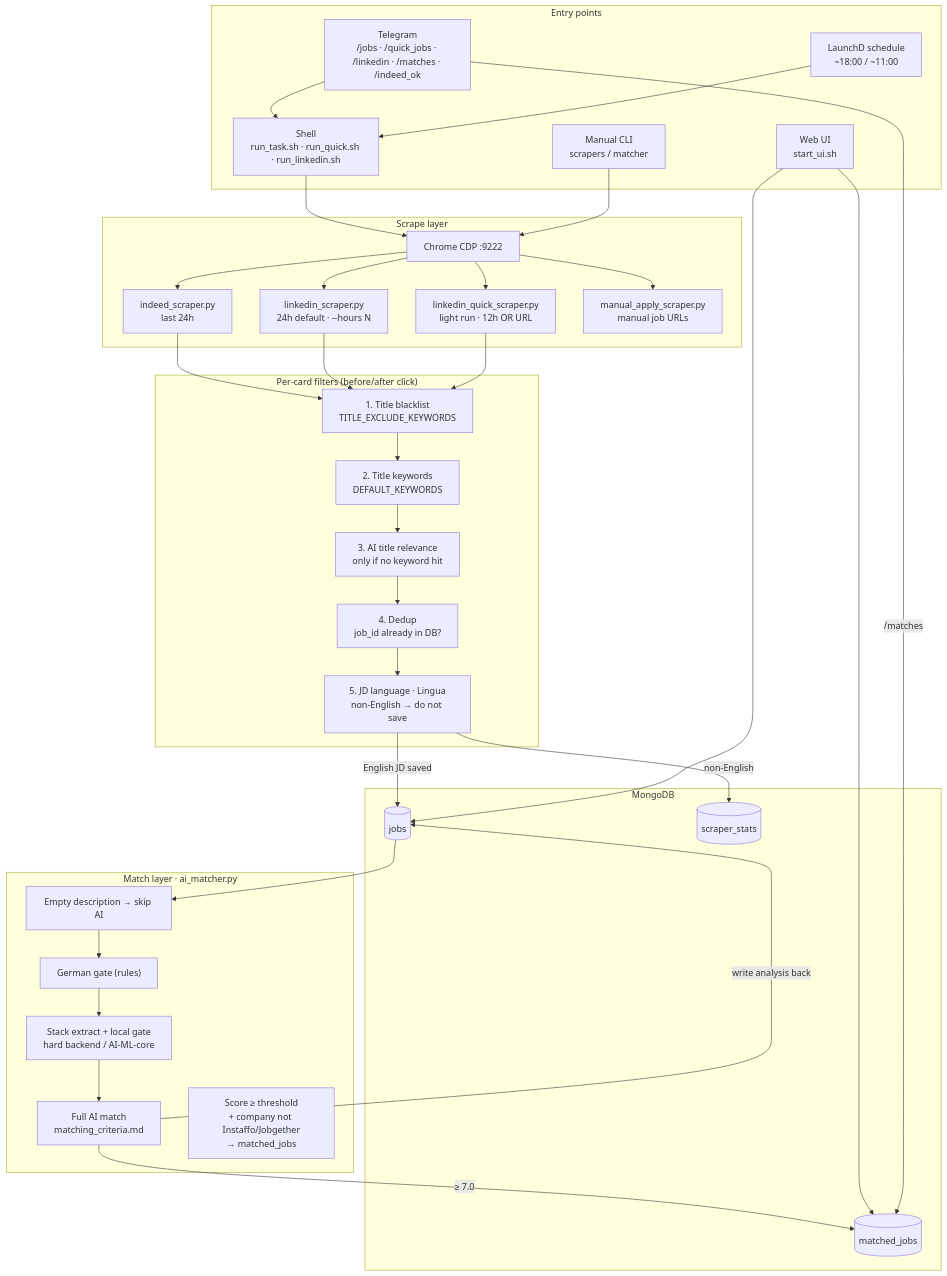
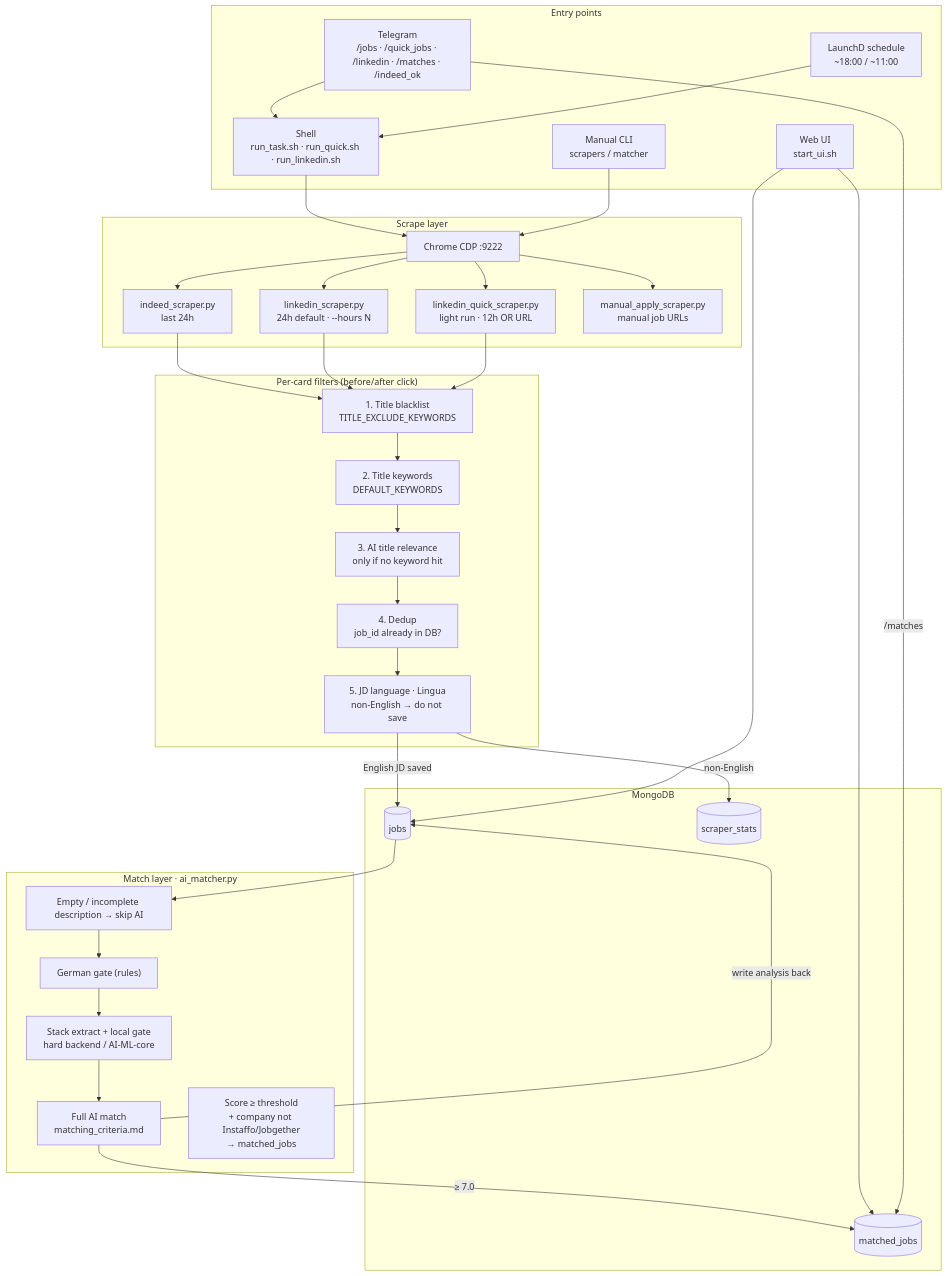
The first of 5 diagrams in docs/architecture.md (JialiNong/job_scraper), drawn with Mermaid before and after one commit. The commit also changed other lines of this file and 11 other files, not shown here.

First line of the commit message:
fix: treat German-or-English as optional and skip AI on incomplete JDs (#14)

````diff
--- a/docs/architecture.md
+++ b/docs/architecture.md
@@ -11,57 +11,57 @@
 ```mermaid
 flowchart TB
     subgraph Triggers["Entry points"]
         T1["Telegram<br/>/jobs · /quick_jobs · /linkedin · /matches · /indeed_ok"]
         T2["Shell<br/>run_task.sh · run_quick.sh · run_linkedin.sh"]
         T3["LaunchD schedule<br/>~18:00 / ~11:00"]
         T4["Web UI<br/>start_ui.sh"]
         T5["Manual CLI<br/>scrapers / matcher"]
     end
 
     subgraph Scrape["Scrape layer"]
         Chrome["Chrome CDP :9222"]
         Indeed["indeed_scraper.py<br/>last 24h"]
         LI["linkedin_scraper.py<br/>24h default · --hours N"]
         LIQ["linkedin_quick_scraper.py<br/>light run · 12h OR URL"]
         Manual["manual_apply_scraper.py<br/>manual job URLs"]
     end
 
     subgraph Filters["Per-card filters (before/after click)"]
         F1["1. Title blacklist<br/>TITLE_EXCLUDE_KEYWORDS"]
         F2["2. Title keywords<br/>DEFAULT_KEYWORDS"]
         F3["3. AI title relevance<br/>only if no keyword hit"]
         F4["4. Dedup<br/>job_id already in DB?"]
         F5["5. JD language · Lingua<br/>non-English → do not save"]
     end
 
     subgraph Store["MongoDB"]
         Jobs[("jobs")]
         Matched[("matched_jobs")]
         Stats[("scraper_stats")]
     end
 
     subgraph Match["Match layer · ai_matcher.py"]
-        M0["Empty description → skip AI"]
+        M0["Empty / incomplete description → skip AI"]
         M1["German gate (rules)"]
         M1b["Stack extract + local gate<br/>hard backend / AI-ML-core"]
         M2["Full AI match<br/>matching_criteria.md"]
         M3["Score ≥ threshold<br/>+ company not Instaffo/Jobgether<br/>→ matched_jobs"]
     end
 
     T1 --> T2
     T3 --> T2
     T2 --> Chrome
     T5 --> Chrome
     Chrome --> Indeed & LI & LIQ & Manual
 
     Indeed & LI & LIQ --> F1 --> F2 --> F3 --> F4 --> F5
     F5 -->|English JD saved| Jobs
     F5 -->|non-English| Stats
 
     Jobs --> M0 --> M1 --> M1b --> M2
     M2 -->|≥ 7.0| Matched
     M2 -->|write analysis back| Jobs
 
     T4 --> Matched & Jobs
     T1 -->|/matches| Matched
 ```
````
